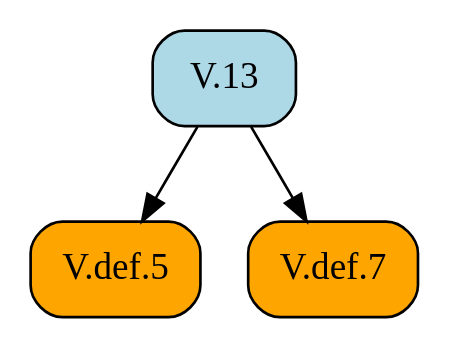
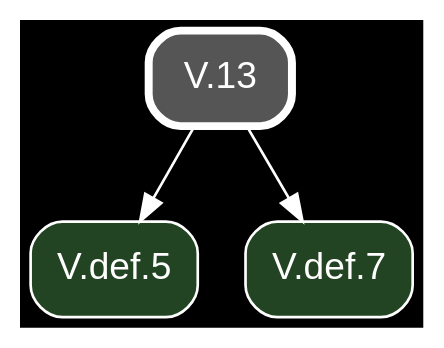
The diagram in docsrc/heath/V/13/index.rst (geometor/elements), drawn with Graphviz before and after one commit. The commit also changed other lines of this file and 1200 other files, not shown here.

Commit message:
update dependency graphs

```diff
--- a/docsrc/heath/V/13/index.rst
+++ b/docsrc/heath/V/13/index.rst
@@ -40,11 +40,13 @@
 .. graphviz::
 
    digraph {
+     bgcolor="black";
+     node [shape=box, style="rounded,filled", fontname="Helvetica", color="white", fontcolor="white"];
+     edge [color="white", fontcolor="white"];
      rankdir="TB";
-     node [shape=box, style=rounded];
-     "V.def.5" [style="rounded,filled", fillcolor=orange, URL="/heath/V/def.5/", target="_top"];
-     "V.13" [style="rounded,filled", fillcolor=lightblue, URL="/heath/V/13/", target="_top"];
-     "V.def.7" [style="rounded,filled", fillcolor=orange, URL="/heath/V/def.7/", target="_top"];
+     "V.def.5" [fillcolor="#224422", URL="/heath/V/def.5/", target="_top"];
+     "V.def.7" [fillcolor="#224422", URL="/heath/V/def.7/", target="_top"];
+     "V.13" [penwidth=3, color="white", fillcolor="#555555", URL="/heath/V/13/", target="_top"];
      "V.13" -> "V.def.5";
      "V.13" -> "V.def.7";
    }
```
